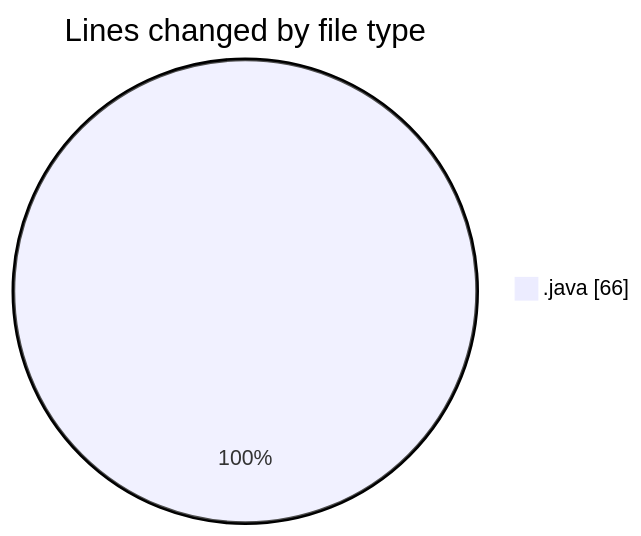
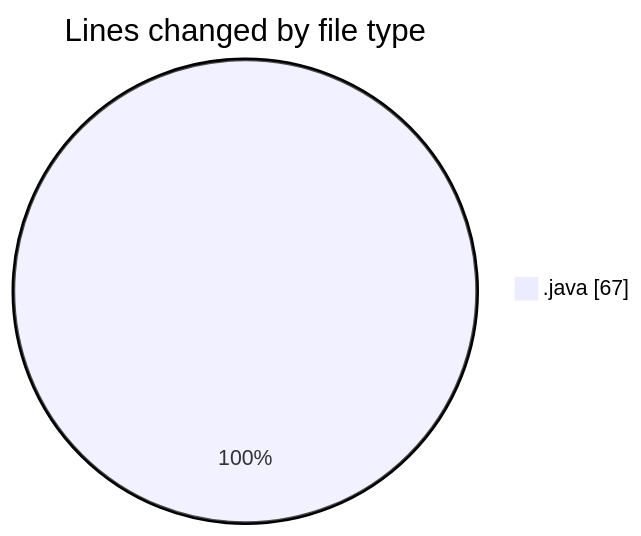
One commit to NitaiMahat/code-tracking changed the first of 2 diagrams in 2025-02-27/coding_prac_8/README.md. Above: the diagram before and after it, drawn with Mermaid. The commit also changed other lines of this file and 1 other file, not shown here.

````diff
--- a/2025-02-27/coding_prac_8/README.md
+++ b/2025-02-27/coding_prac_8/README.md
@@ -22,5 +22,5 @@
 ```mermaid
 pie showData
 title Lines changed by file type
-".java" : 66
+".java" : 67
 ```
````
